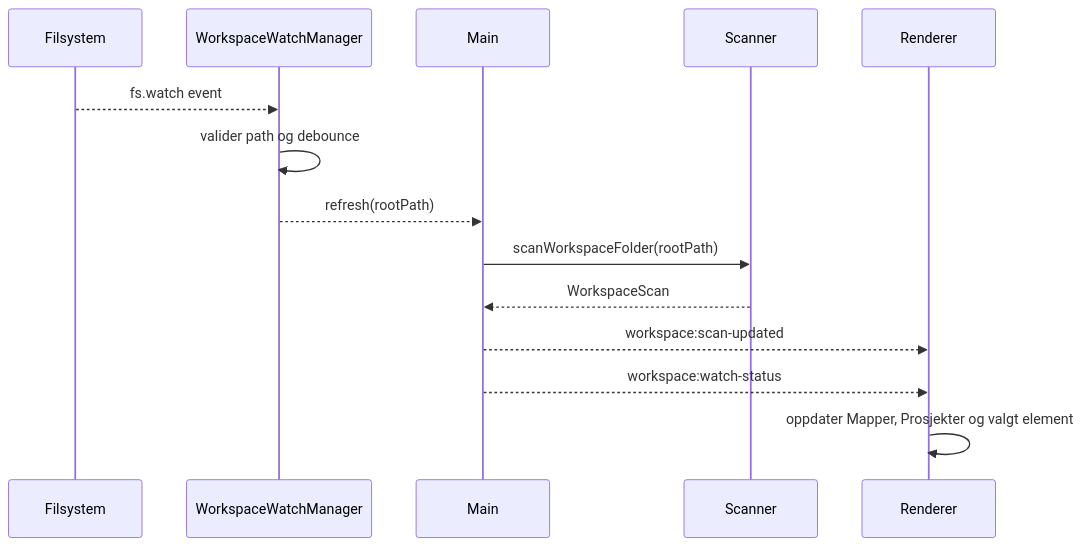
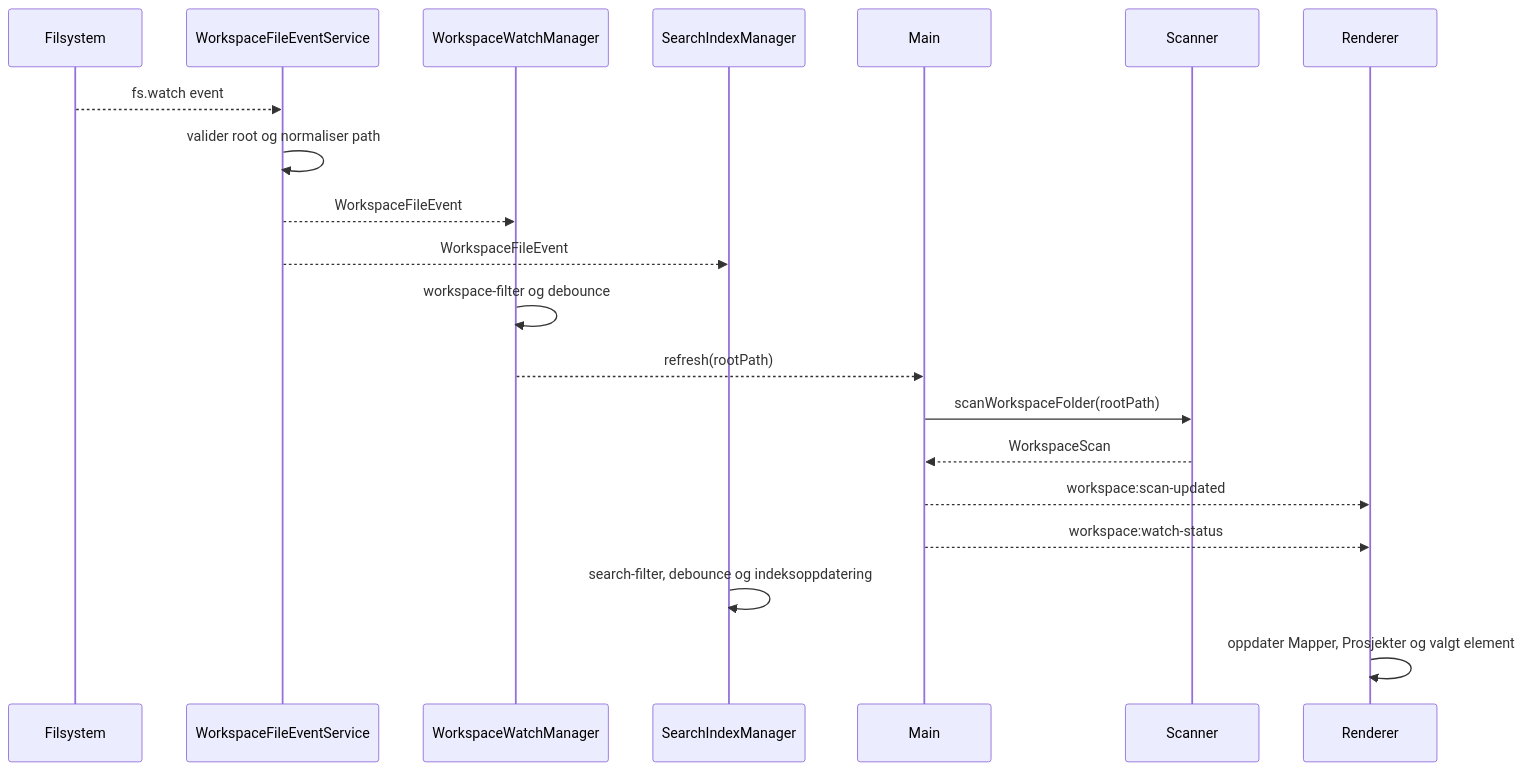
One commit to trulstveoy/Sidekick changed the sixth of 7 diagrams in docs/architecture/solution-architecture.md. Above: the diagram before and after it, drawn with Mermaid. The commit also changed other lines of this file and 8 other files, not shown here.

Commit message:
refactor: share workspace filesystem event watching

````diff
--- a/docs/architecture/solution-architecture.md
+++ b/docs/architecture/solution-architecture.md
@@ -273,17 +274,23 @@
 ```mermaid
 sequenceDiagram
   participant FS as Filsystem
+  participant E as WorkspaceFileEventService
   participant W as WorkspaceWatchManager
+  participant I as SearchIndexManager
   participant M as Main
   participant S as Scanner
   participant R as Renderer
 
-  FS-->>W: fs.watch event
-  W->>W: valider path og debounce
+  FS-->>E: fs.watch event
+  E->>E: valider root og normaliser path
+  E-->>W: WorkspaceFileEvent
+  E-->>I: WorkspaceFileEvent
+  W->>W: workspace-filter og debounce
   W-->>M: refresh(rootPath)
   M->>S: scanWorkspaceFolder(rootPath)
   S-->>M: WorkspaceScan
   M-->>R: workspace:scan-updated
   M-->>R: workspace:watch-status
+  I->>I: search-filter, debounce og indeksoppdatering
   R->>R: oppdater Mapper, Prosjekter og valgt element
 ```
````
